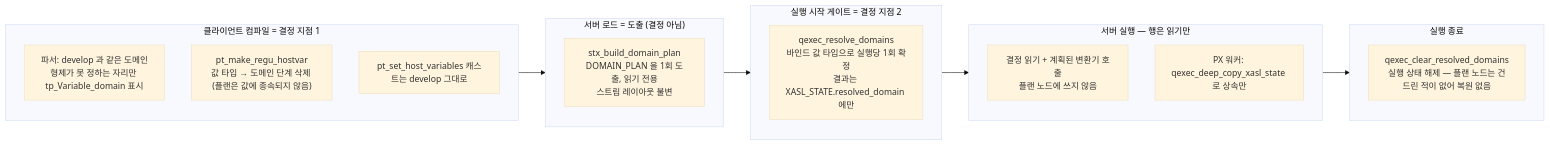
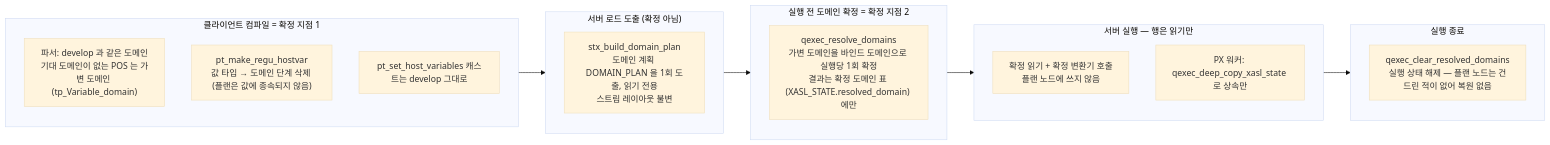
The second of 20 diagrams in docs/research/pr8022-architecture-diagrams.md (xmilex-git/workspace), drawn with Mermaid (base theme) before and after one commit. The commit also changed other lines of this file, not shown here.

First line of the commit message:
docs: PR 8022 diagrams in the CONTEXT.md vocabulary

````diff
--- a/docs/research/pr8022-architecture-diagrams.md
+++ b/docs/research/pr8022-architecture-diagrams.md
@@ -42,22 +42,22 @@
 ```mermaid
 flowchart LR
-  subgraph C["클라이언트 컴파일 = 결정 지점 1"]
-    C1["파서: develop 과 같은 도메인<br/>형제가 못 정하는 자리만 tp_Variable_domain 표시"]
+  subgraph C["클라이언트 컴파일 = 확정 지점 1"]
+    C1["파서: develop 과 같은 도메인<br/>기대 도메인이 없는 POS 는 가변 도메인 (tp_Variable_domain)"]
     C2["pt_make_regu_hostvar<br/>값 타입 → 도메인 단계 삭제 (플랜은 값에 종속되지 않음)"]
     C3["pt_set_host_variables 캐스트는 develop 그대로"]
   end
-  subgraph L["서버 로드 = 도출 (결정 아님)"]
-    L1["stx_build_domain_plan<br/>DOMAIN_PLAN 을 1회 도출, 읽기 전용<br/>스트림 레이아웃 불변"]
+  subgraph L["서버 로드 도출 (확정 아님)"]
+    L1["stx_build_domain_plan<br/>도메인 계획 DOMAIN_PLAN 을 1회 도출, 읽기 전용<br/>스트림 레이아웃 불변"]
   end
-  subgraph G["실행 시작 게이트 = 결정 지점 2"]
-    G1["qexec_resolve_domains<br/>바인드 값 타입으로 실행당 1회 확정<br/>결과는 XASL_STATE.resolved_domain 에만"]
+  subgraph G["실행 전 도메인 확정 = 확정 지점 2"]
+    RS1["qexec_resolve_domains<br/>가변 도메인을 바인드 도메인으로 실행당 1회 확정<br/>결과는 확정 도메인 표 (XASL_STATE.resolved_domain) 에만"]
   end
   subgraph E["서버 실행 — 행은 읽기만"]
-    E1["결정 읽기 + 계획된 변환기 호출<br/>플랜 노드에 쓰지 않음"]
+    E1["확정 읽기 + 확정 변환기 호출<br/>플랜 노드에 쓰지 않음"]
     E2["PX 워커: qexec_deep_copy_xasl_state 로 상속만"]
   end
   subgraph X["실행 종료"]
     X1["qexec_clear_resolved_domains<br/>실행 상태 해제 — 플랜 노드는 건드린 적이 없어 복원 없음"]
   end
   C --> L --> G --> E --> X
 ```
````
